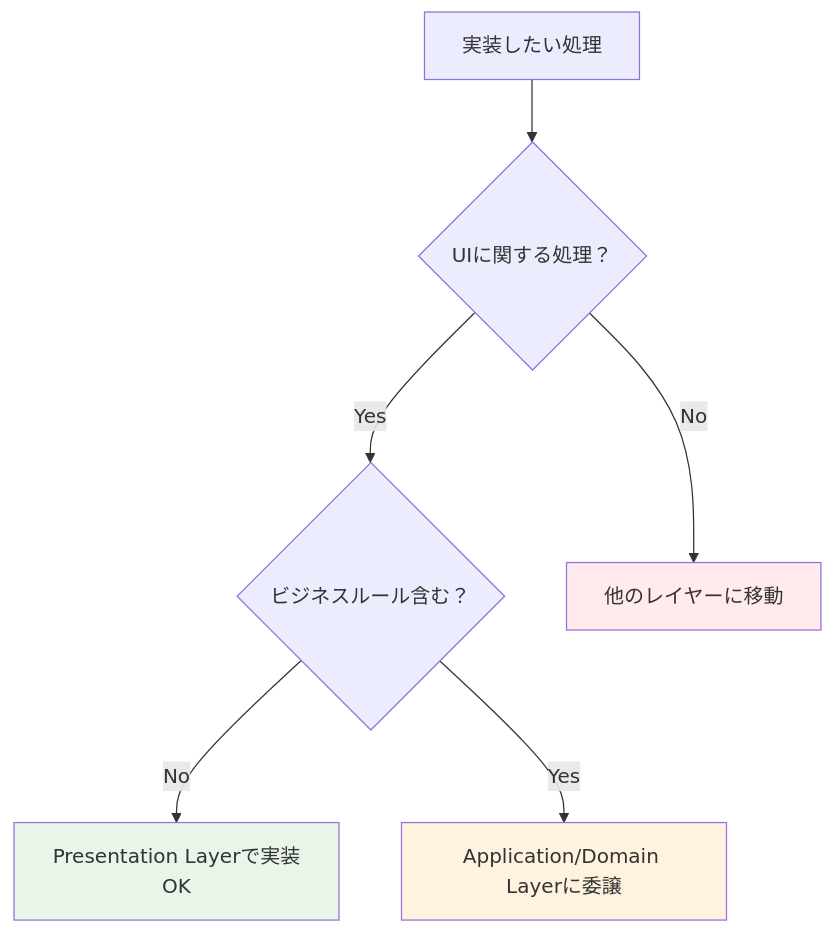
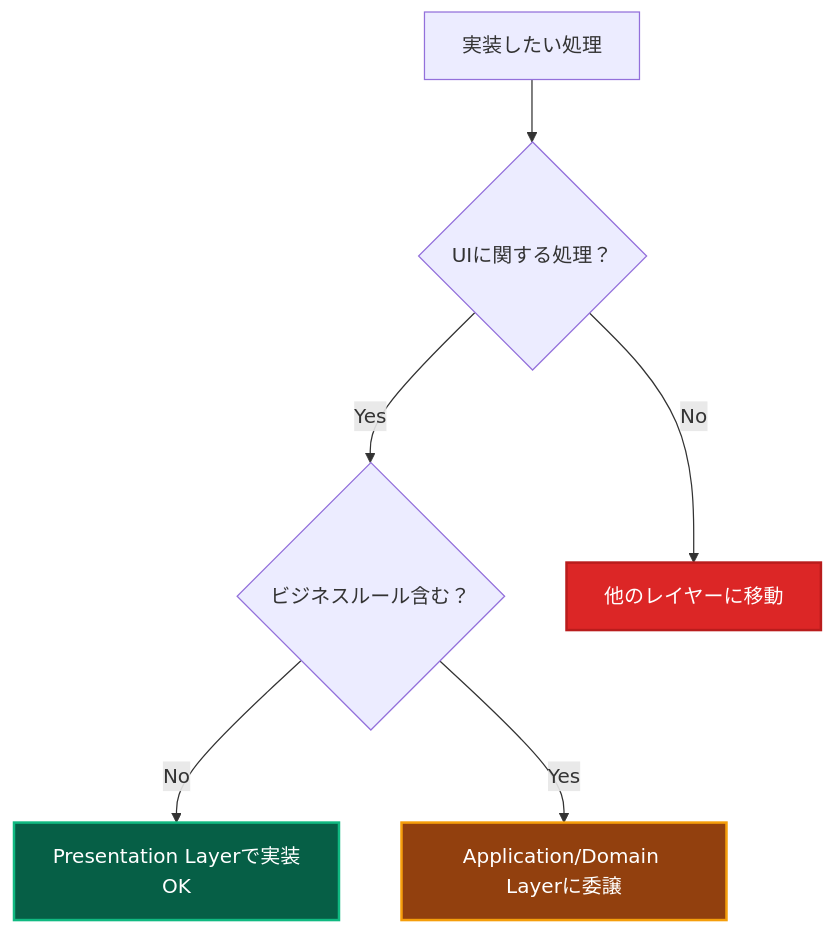
One commit to derushio/d-next-ddd-example changed the third of 3 diagrams in _DOCS/guides/ddd/layers/presentation-layer.md. Above: the diagram before and after it, drawn with Mermaid. The commit also changed other lines of this file and 31 other files, not shown here.

Commit message:
🎨: DOCSのMermaid図表カラーテーマを暗色に統一し視認性を向上

````diff
--- a/_DOCS/guides/ddd/layers/presentation-layer.md
+++ b/_DOCS/guides/ddd/layers/presentation-layer.md
@@ -676,13 +676,13 @@
 ```mermaid
 graph TD
     A[実装したい処理] --> B{UIに関する処理？}
     B -->|Yes| C{ビジネスルール含む？}
     B -->|No| D[他のレイヤーに移動]
     
     C -->|No| E[Presentation Layerで実装OK]
     C -->|Yes| F[Application/Domain Layerに委譲]
     
-    style E fill:#e8f5e8
-    style F fill:#fff3e0
-    style D fill:#ffebee
+    style E fill:#065f46,stroke:#10b981,stroke-width:2px,color:#ffffff
+    style F fill:#92400e,stroke:#f59e0b,stroke-width:2px,color:#ffffff
+    style D fill:#dc2626,stroke:#b91c1c,stroke-width:2px,color:#ffffff
 ```
````
